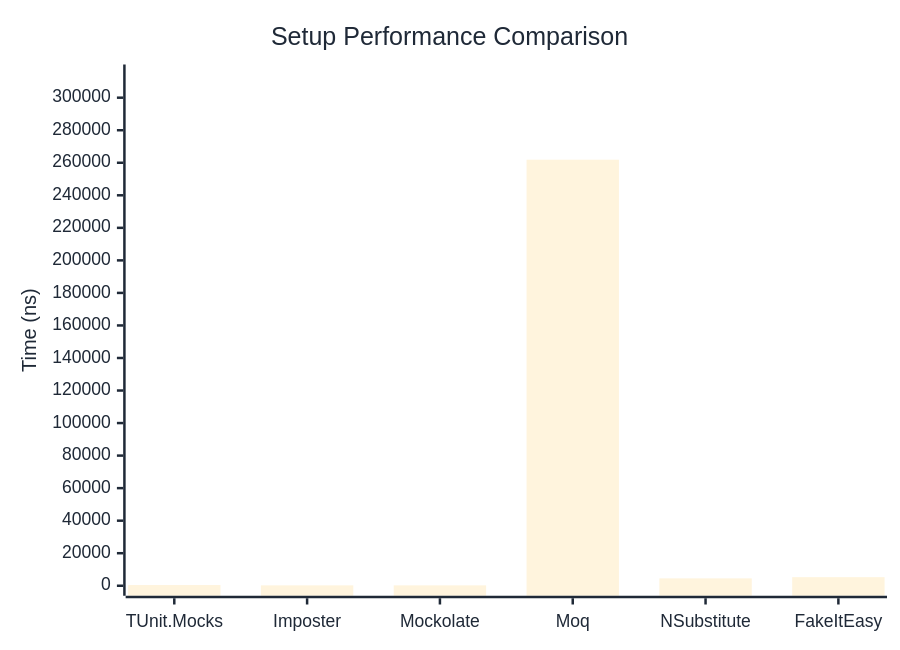
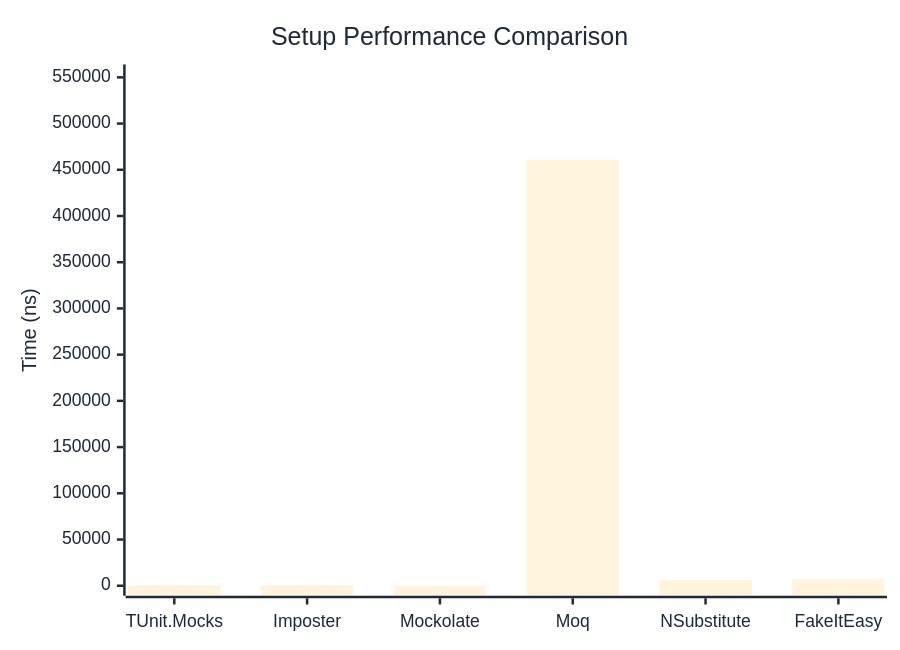
One commit to thomhurst/TUnit changed the first of 2 diagrams in docs/docs/benchmarks/mocks/Setup.md. Above: the diagram before and after it, drawn with Mermaid. The commit also changed other lines of this file and 14 other files, not shown here.

````diff
--- a/docs/docs/benchmarks/mocks/Setup.md
+++ b/docs/docs/benchmarks/mocks/Setup.md
@@ -30,27 +30,27 @@
 ```mermaid
 %%{init: {
   'theme':'base',
   'themeVariables': {
     'primaryColor': '#2563eb',
     'primaryTextColor': '#1f2937',
     'primaryBorderColor': '#1e40af',
     'lineColor': '#6b7280',
     'secondaryColor': '#7c3aed',
     'tertiaryColor': '#dc2626',
     'background': '#ffffff',
     'pie1': '#2563eb',
     'pie2': '#7c3aed',
     'pie3': '#dc2626',
     'pie4': '#f59e0b',
     'pie5': '#10b981',
     'pie6': '#06b6d4',
     'pie7': '#ec4899',
     'pie8': '#6366f1'
   }
 }}%%
 xychart-beta
   title "Setup Performance Comparison"
   x-axis ["TUnit.Mocks", "Imposter", "Mockolate", "Moq", "NSubstitute", "FakeItEasy"]
-  y-axis "Time (ns)" 0 --> 314252
-  bar [424.1, 247.8, 235.5, 261876.4, 4543.7, 5273.7]
+  y-axis "Time (ns)" 0 --> 553077
+  bar [319.9, 285.4, 151.8, 460897.2, 6158, 7405.1]
 ```
````
